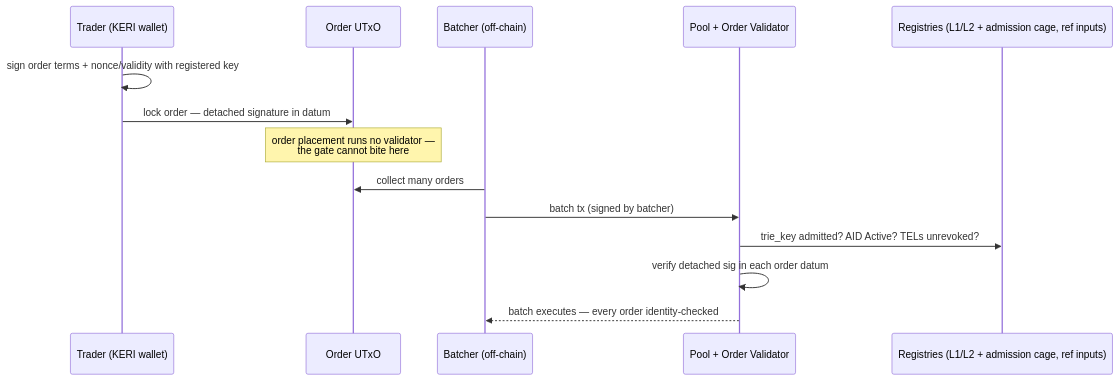
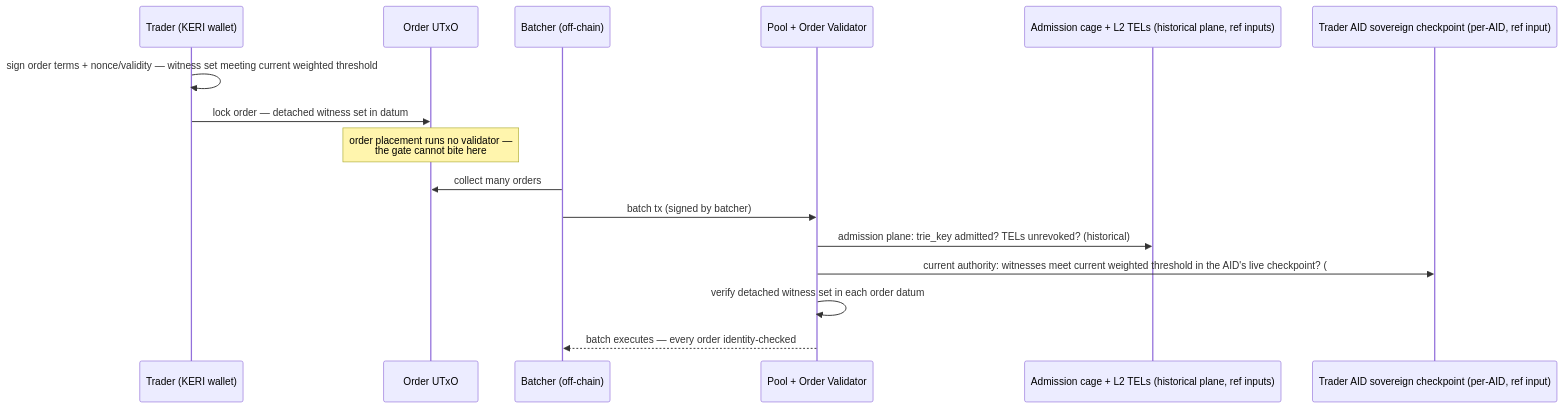
Before and after one commit to lambdasistemi/cardano-keri: the diagram in docs/design/business-cases/regulated-defi.md, drawn with Mermaid. The commit also changed other lines of this file and 7 other files, not shown here.

````diff
--- a/docs/design/business-cases/regulated-defi.md
+++ b/docs/design/business-cases/regulated-defi.md
@@ -66,17 +96,19 @@
 ```mermaid
 sequenceDiagram
     participant T as Trader (KERI wallet)
     participant O as Order UTxO
     participant B as Batcher (off-chain)
     participant P as Pool + Order Validator
-    participant R as Registries (L1/L2 + admission cage, ref inputs)
+    participant R as Admission cage + L2 TELs (historical plane, ref inputs)
+    participant C as Trader AID sovereign checkpoint (per-AID, ref input)
 
-    T->>T: sign order terms + nonce/validity with registered key
-    T->>O: lock order — detached signature in datum
+    T->>T: sign order terms + nonce/validity — witness set meeting current weighted threshold
+    T->>O: lock order — detached witness set in datum
     Note over O: order placement runs no validator —<br/>the gate cannot bite here
     B->>O: collect many orders
     B->>P: batch tx (signed by batcher)
-    P->>R: trie_key admitted? AID Active? TELs unrevoked?
-    P->>P: verify detached sig in each order datum
+    P->>R: admission plane: trie_key admitted? TELs unrevoked? (historical)
+    P->>C: current authority: witnesses meet current weighted threshold in the AID's live checkpoint? (#92)
+    P->>P: verify detached witness set in each order datum
     P-->>B: batch executes — every order identity-checked
 ```
````
